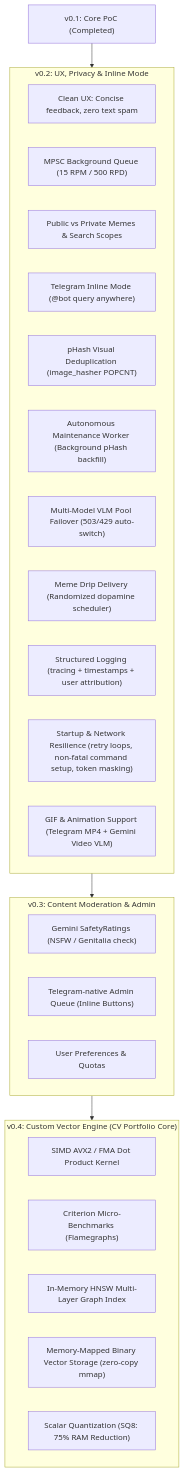
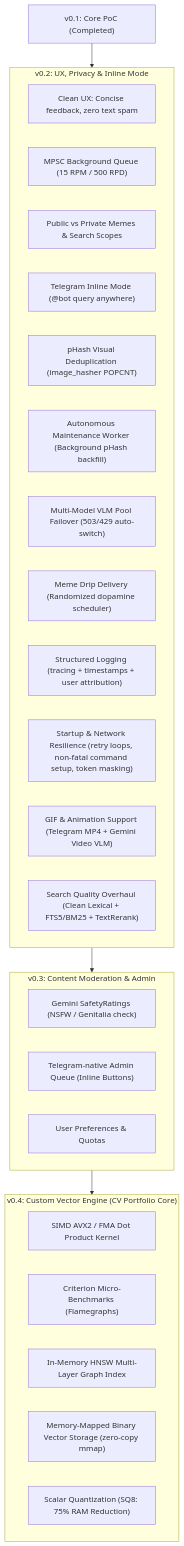
One commit to MykhailoRospopchuk/MnemosyneM changed the first of 2 diagrams in ROADMAP.md. Above: the diagram before and after it, drawn with Mermaid. The commit also changed other lines of this file and 2 other files, not shown here.

````diff
--- a/ROADMAP.md
+++ b/ROADMAP.md
@@ -10,34 +10,35 @@
 ```mermaid
 flowchart TD
     M1["v0.1: Core PoC (Completed)"] --> M2["v0.2: UX, Rate-Limiting & Inline Mode"]
     M2 --> M3["v0.3: Content Moderation & Telegram Admin Panel"]
     M3 --> M4["v0.4: Custom Vector Engine from Scratch (HNSW + SIMD + mmap)"]
 
     subgraph M2 ["v0.2: UX, Privacy & Inline Mode"]
         UX["Clean UX: Concise feedback, zero text spam"]
         Queue["MPSC Background Queue (15 RPM / 500 RPD)"]
         Privacy["Public vs Private Memes & Search Scopes"]
         Inline["Telegram Inline Mode (@bot query anywhere)"]
         pHash["pHash Visual Deduplication (image_hasher POPCNT)"]
         Maintenance["Autonomous Maintenance Worker (Background pHash backfill)"]
         VlmPool["Multi-Model VLM Pool Failover (503/429 auto-switch)"]
         Drip["Meme Drip Delivery (Randomized dopamine scheduler)"]
         Logging["Structured Logging (tracing + timestamps + user attribution)"]
         Resilience["Startup & Network Resilience (retry loops, non-fatal command setup, token masking)"]
         GIFs["GIF & Animation Support (Telegram MP4 + Gemini Video VLM)"]
+        Search["Search Quality Overhaul (Clean Lexical + FTS5/BM25 + TextRerank)"]
     end
 
     subgraph M3 ["v0.3: Content Moderation & Admin"]
         GeminiSafety["Gemini SafetyRatings (NSFW / Genitalia check)"]
         AdminTG["Telegram-native Admin Queue (Inline Buttons)"]
         UserMgmt["User Preferences & Quotas"]
     end
 
     subgraph M4 ["v0.4: Custom Vector Engine (CV Portfolio Core)"]
         SIMD["SIMD AVX2 / FMA Dot Product Kernel"]
         Criterion["Criterion Micro-Benchmarks (Flamegraphs)"]
         HNSW["In-Memory HNSW Multi-Layer Graph Index"]
         Mmap["Memory-Mapped Binary Vector Storage (zero-copy mmap)"]
         SQ8["Scalar Quantization (SQ8: 75% RAM Reduction)"]
     end
 ```
````
